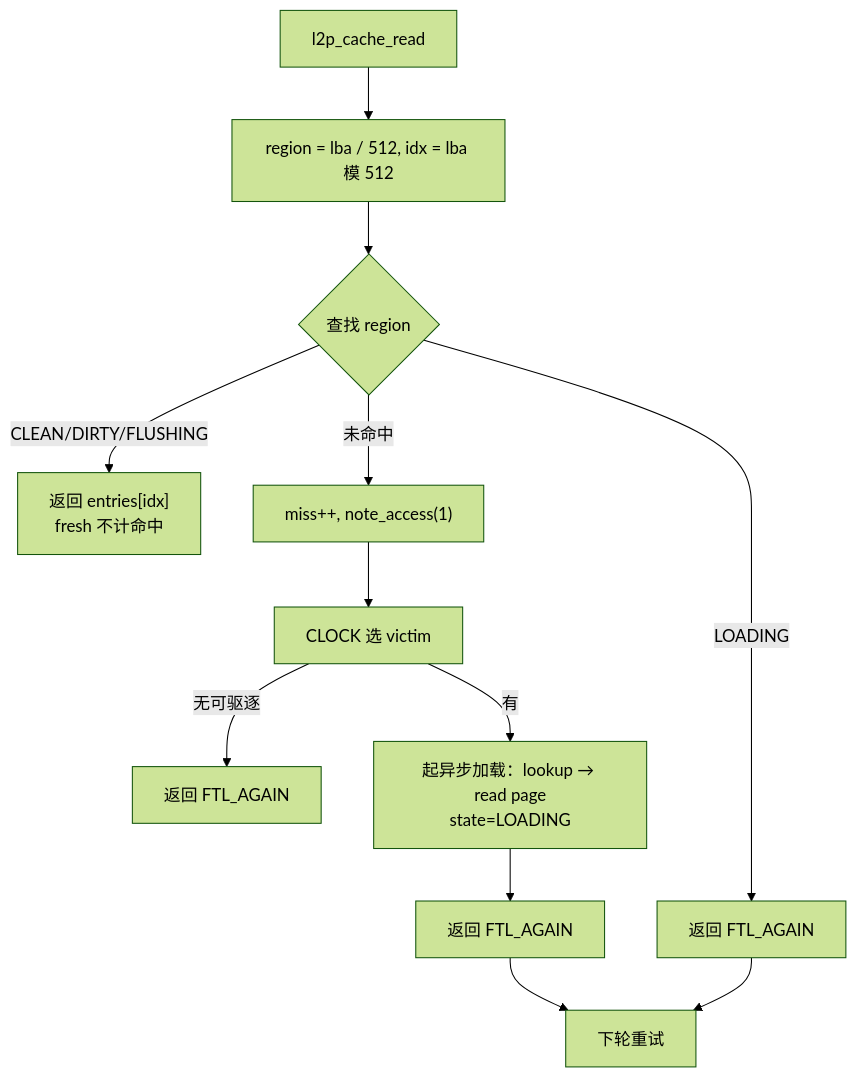
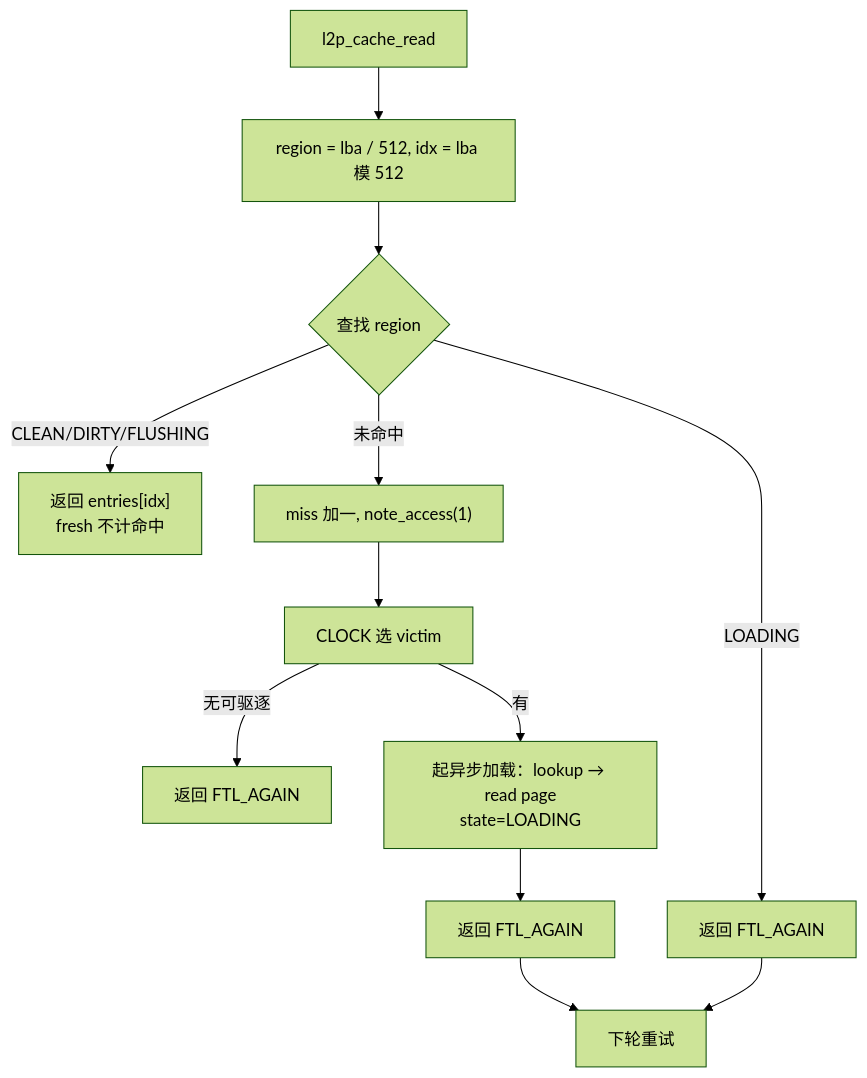
One commit to YzYMIAO/BASESSD changed the tenth of 28 diagrams in docs/design/ftl_design.md. Above: the diagram before and after it, drawn with Mermaid (forest theme). The commit also changed other lines of this file, not shown here.

First line of the commit message:
docs(ftl): 补充推荐阅读顺序并清理 mermaid 序列图

````diff
--- a/docs/design/ftl_design.md
+++ b/docs/design/ftl_design.md
@@ -1484,14 +1520,14 @@
 ```mermaid
 flowchart TD
     A["l2p_cache_read"] --> B["region = lba / 512, idx = lba 模 512"]
     B --> C{"查找 region"}
     C -- "LOADING" --> D["返回 FTL_AGAIN"]
     C -- "CLEAN/DIRTY/FLUSHING" --> E["返回 entries[idx]<br/>fresh 不计命中"]
-    C -- "未命中" --> F["miss++, note_access(1)"]
+    C -- "未命中" --> F["miss 加一, note_access(1)"]
     F --> G["CLOCK 选 victim"]
     G -- "无可驱逐" --> H["返回 FTL_AGAIN"]
     G -- "有" --> I["起异步加载：lookup → read page<br/>state=LOADING"]
     I --> J["返回 FTL_AGAIN"]
     J --> K["下轮重试"]
     D --> K
 ```
````
